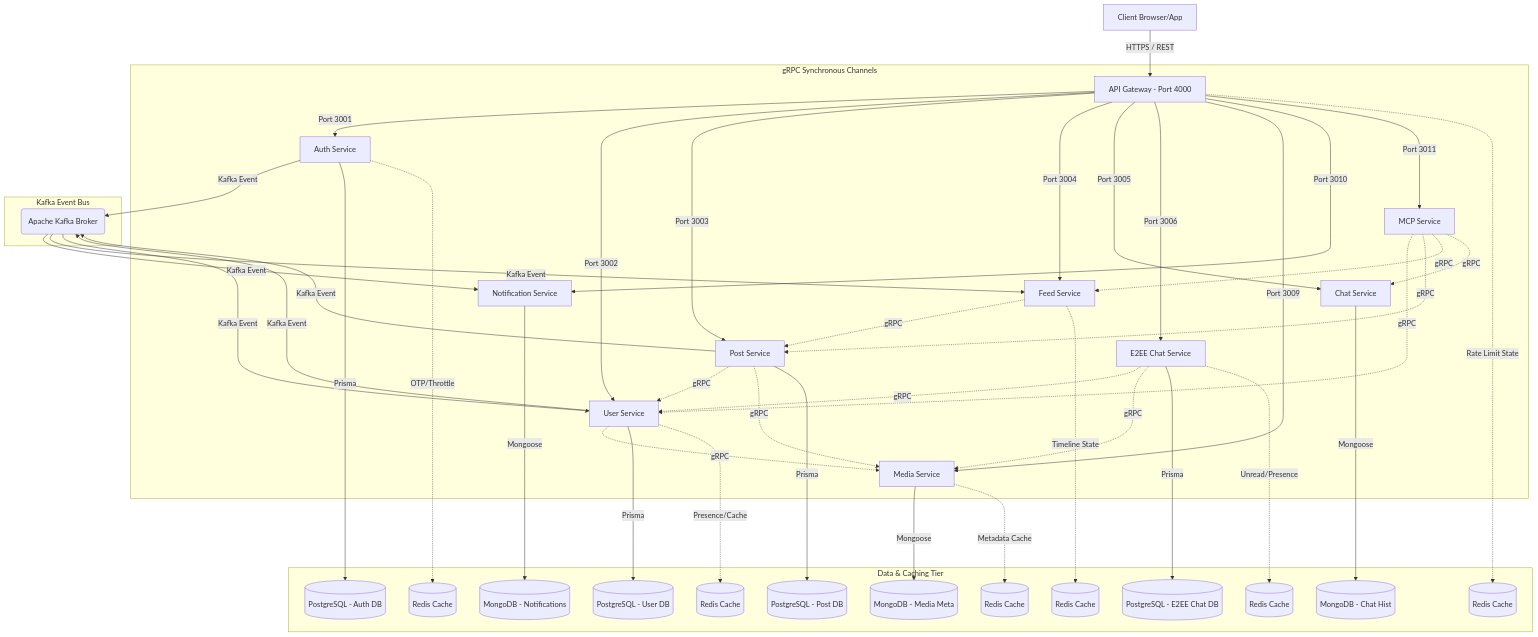
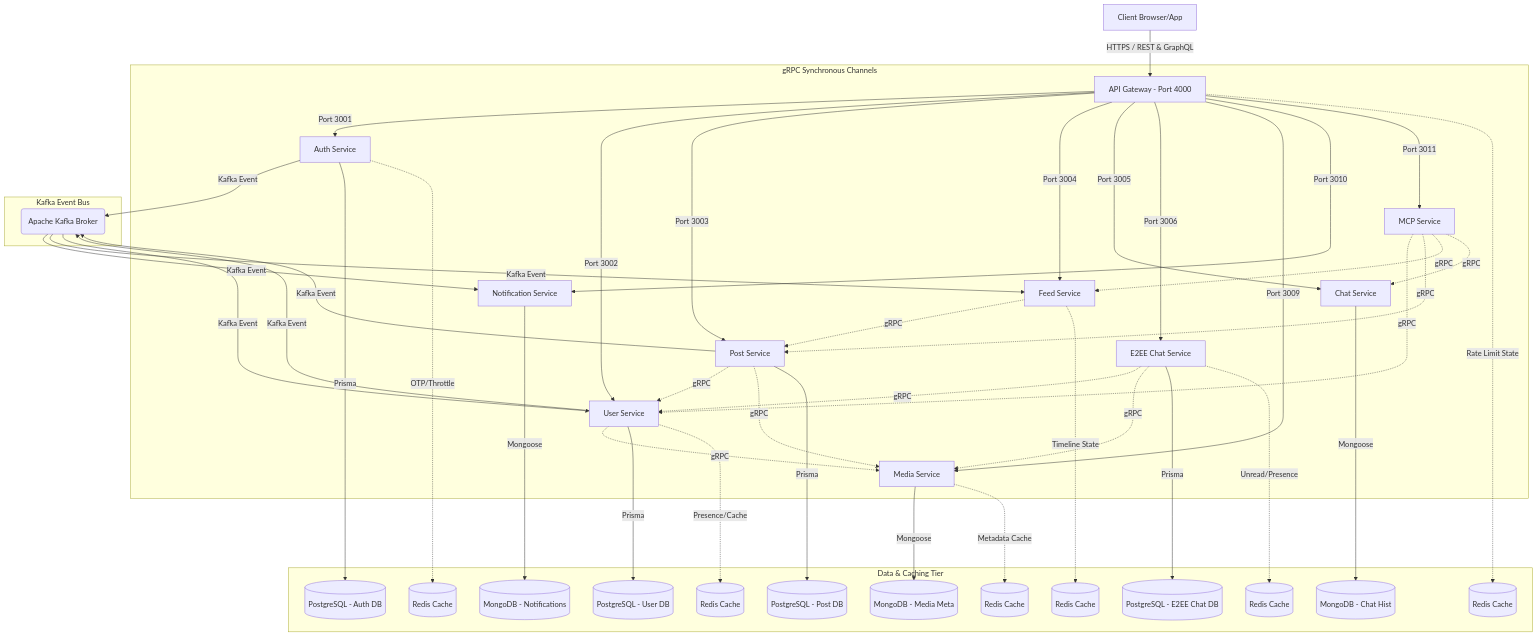
One commit to shariyerShazan/Waave-SocialMedia-Backend-Microservices changed the diagram in README.md. Above: the diagram before and after it, drawn with Mermaid. The commit also changed other lines of this file and 15 other files, not shown here.

Commit message:
feat: enhance API Gateway to support dual REST and GraphQL interfaces with updated documentation

````diff
--- a/README.md
+++ b/README.md
@@ -37,53 +37,53 @@
 ```mermaid
 graph TD
-    Client[Client Browser/App] -->|HTTPS / REST| Gateway[API Gateway - Port 4000]
+    Client[Client Browser/App] -->|HTTPS / REST & GraphQL| Gateway[API Gateway - Port 4000]
 
     subgraph gRPC Synchronous Channels
         Gateway -->|Port 3001| Auth[Auth Service]
         Gateway -->|Port 3002| User[User Service]
         Gateway -->|Port 3003| Post[Post Service]
         Gateway -->|Port 3004| Feed[Feed Service]
         Gateway -->|Port 3005| Chat[Chat Service]
         Gateway -->|Port 3006| E2E[E2EE Chat Service]
         Gateway -->|Port 3009| Media[Media Service]
         Gateway -->|Port 3010| Notification[Notification Service]
         Gateway -->|Port 3011| MCP[MCP Service]
 
         User -.->|gRPC| Media
         Post -.->|gRPC| User
         Post -.->|gRPC| Media
         Feed -.->|gRPC| Post
         E2E -.->|gRPC| User
         E2E -.->|gRPC| Media
         MCP -.->|gRPC| User
         MCP -.->|gRPC| Post
         MCP -.->|gRPC| Feed
         MCP -.->|gRPC| Chat
     end
 
     subgraph Kafka Event Bus
         Auth -->|Kafka Event| Kafka(Apache Kafka Broker)
         User -->|Kafka Event| Kafka
         Post -->|Kafka Event| Kafka
         Kafka -->|Kafka Event| Notification
         Kafka -->|Kafka Event| Feed
         Kafka -->|Kafka Event| User
     end
 
     subgraph Data & Caching Tier
         Auth --->|Prisma| PostgresAuth[(PostgreSQL - Auth DB)]
         User --->|Prisma| PostgresUser[(PostgreSQL - User DB)]
         Post --->|Prisma| PostgresPost[(PostgreSQL - Post DB)]
         E2E --->|Prisma| PostgresE2E[(PostgreSQL - E2EE Chat DB)]
         Media --->|Mongoose| MongoDBMedia[(MongoDB - Media Meta)]
         Chat --->|Mongoose| MongoDBChat[(MongoDB - Chat Hist)]
         Notification --->|Mongoose| MongoDBNotif[(MongoDB - Notifications)]
 
         Auth -.->|OTP/Throttle| RedisAuth[(Redis Cache)]
         User -.->|Presence/Cache| RedisUser[(Redis Cache)]
         Media -.->|Metadata Cache| RedisMedia[(Redis Cache)]
         Feed -.->|Timeline State| RedisFeed[(Redis Cache)]
         E2E -.->|Unread/Presence| RedisE2E[(Redis Cache)]
         Gateway -.->|Rate Limit State| RedisGW[(Redis Cache)]
     end
 ```
````
